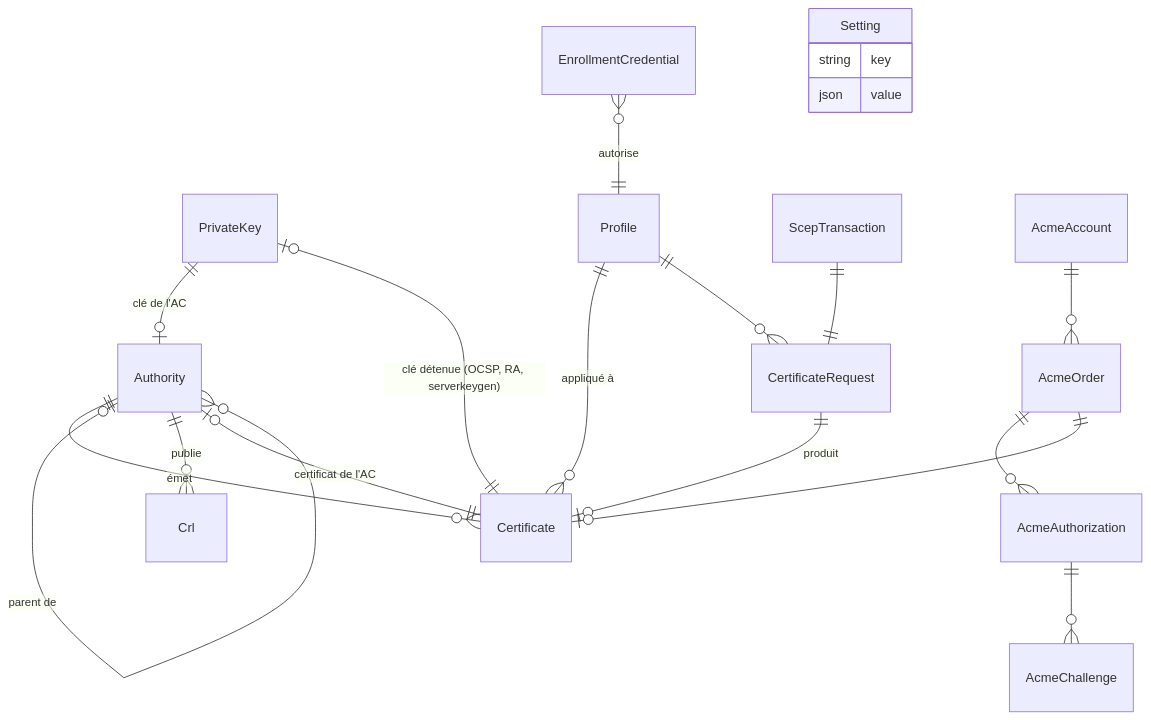
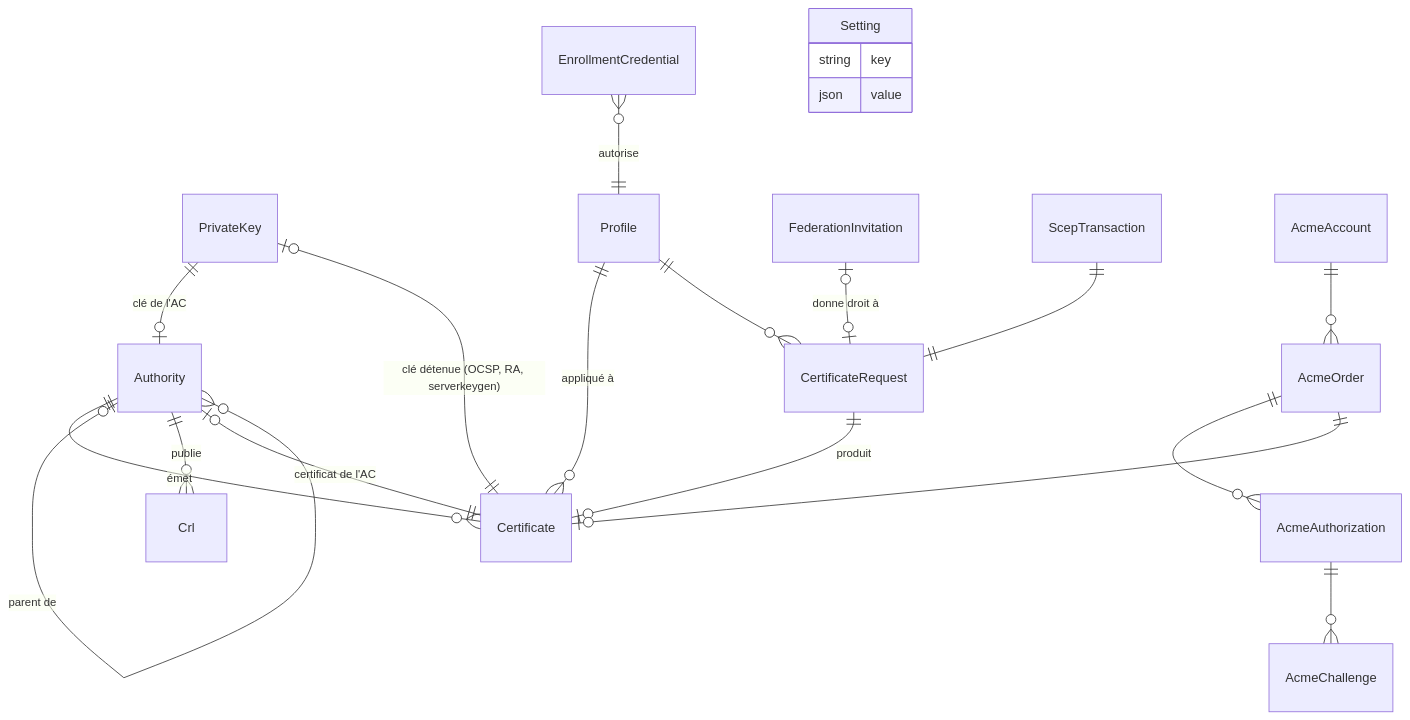
One commit to gilles67/h42-pki changed the fourth of 6 diagrams in docs/ARCHITECTURE.md. Above: the diagram before and after it, drawn with Mermaid. The commit also changed other lines of this file and 11 other files, not shown here.

````diff
--- a/docs/ARCHITECTURE.md
+++ b/docs/ARCHITECTURE.md
@@ -158,22 +158,23 @@
 ```mermaid
 erDiagram
     PrivateKey ||--o| Authority : "clé de l'AC"
     Authority ||--o{ Certificate : émet
     Authority |o--o{ Authority : "parent de"
     Certificate ||--o| Authority : "certificat de l'AC"
     Profile ||--o{ Certificate : "appliqué à"
     CertificateRequest ||--o| Certificate : produit
     Profile ||--o{ CertificateRequest : ""
+    FederationInvitation |o--o| CertificateRequest : "donne droit à"
     Authority ||--o{ Crl : publie
     Certificate ||--o| PrivateKey : "clé détenue (OCSP, RA, serverkeygen)"
     EnrollmentCredential }o--|| Profile : "autorise"
     ScepTransaction ||--|| CertificateRequest : ""
     AcmeAccount ||--o{ AcmeOrder : ""
     AcmeOrder ||--o{ AcmeAuthorization : ""
     AcmeAuthorization ||--o{ AcmeChallenge : ""
     AcmeOrder ||--o| Certificate : ""
     Setting {
         string key
         json value
     }
 ```
````
